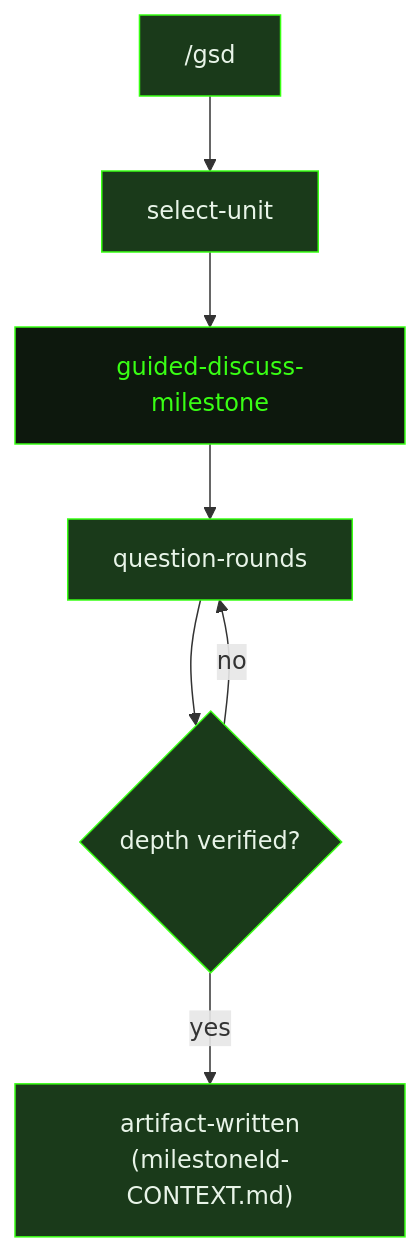
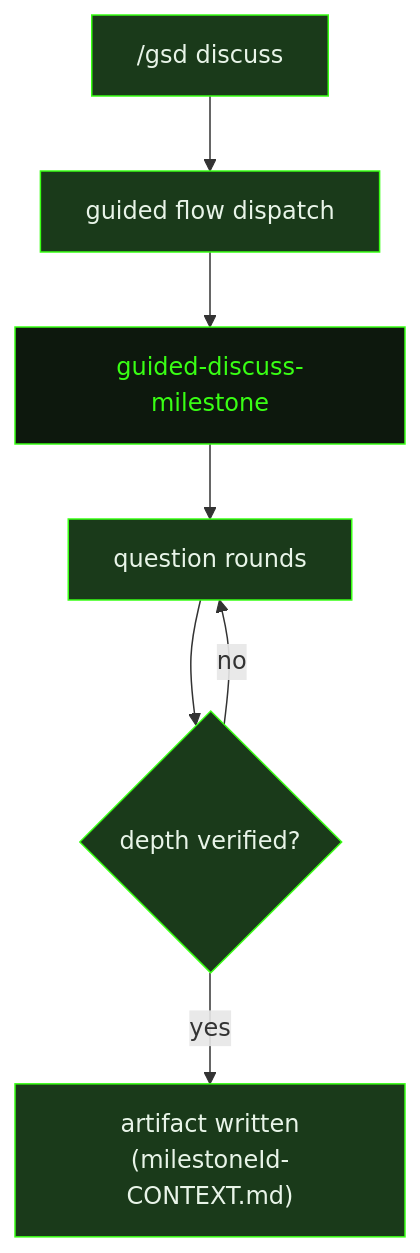
Before and after one commit to shusha-group/gsd2-guide: the diagram in src/content/docs/prompts/guided-discuss-milestone.mdx, drawn with Mermaid. The commit also changed other lines of this file and 63 other files, not shown here.

````diff
--- a/src/content/docs/prompts/guided-discuss-milestone.mdx
+++ b/src/content/docs/prompts/guided-discuss-milestone.mdx
@@ -20,16 +20,16 @@
 ```mermaid
 flowchart TD
-    GsdCommand["/gsd"] --> SelectUnit["select-unit"]
+    GsdCommand["/gsd discuss"] --> SelectUnit["guided flow dispatch"]
     SelectUnit --> GuidedDiscussMilestone["guided-discuss-milestone"]
-    GuidedDiscussMilestone --> QuestionRounds["question-rounds"]
+    GuidedDiscussMilestone --> QuestionRounds["question rounds"]
     QuestionRounds --> DepthVerification{"depth verified?"}
     DepthVerification -->|"no"| QuestionRounds
-    DepthVerification -->|"yes"| ArtifactWritten["artifact-written\n(milestoneId-CONTEXT.md)"]
+    DepthVerification -->|"yes"| ArtifactWritten["artifact written\n(milestoneId-CONTEXT.md)"]
 
     style GuidedDiscussMilestone fill:#0d180d,stroke:#39ff14,color:#39ff14
     style GsdCommand fill:#1a3a1a,stroke:#39ff14,color:#e8f4e8
     style SelectUnit fill:#1a3a1a,stroke:#39ff14,color:#e8f4e8
     style QuestionRounds fill:#1a3a1a,stroke:#39ff14,color:#e8f4e8
     style DepthVerification fill:#1a3a1a,stroke:#39ff14,color:#e8f4e8
     style ArtifactWritten fill:#1a3a1a,stroke:#39ff14,color:#e8f4e8
 ```
````
